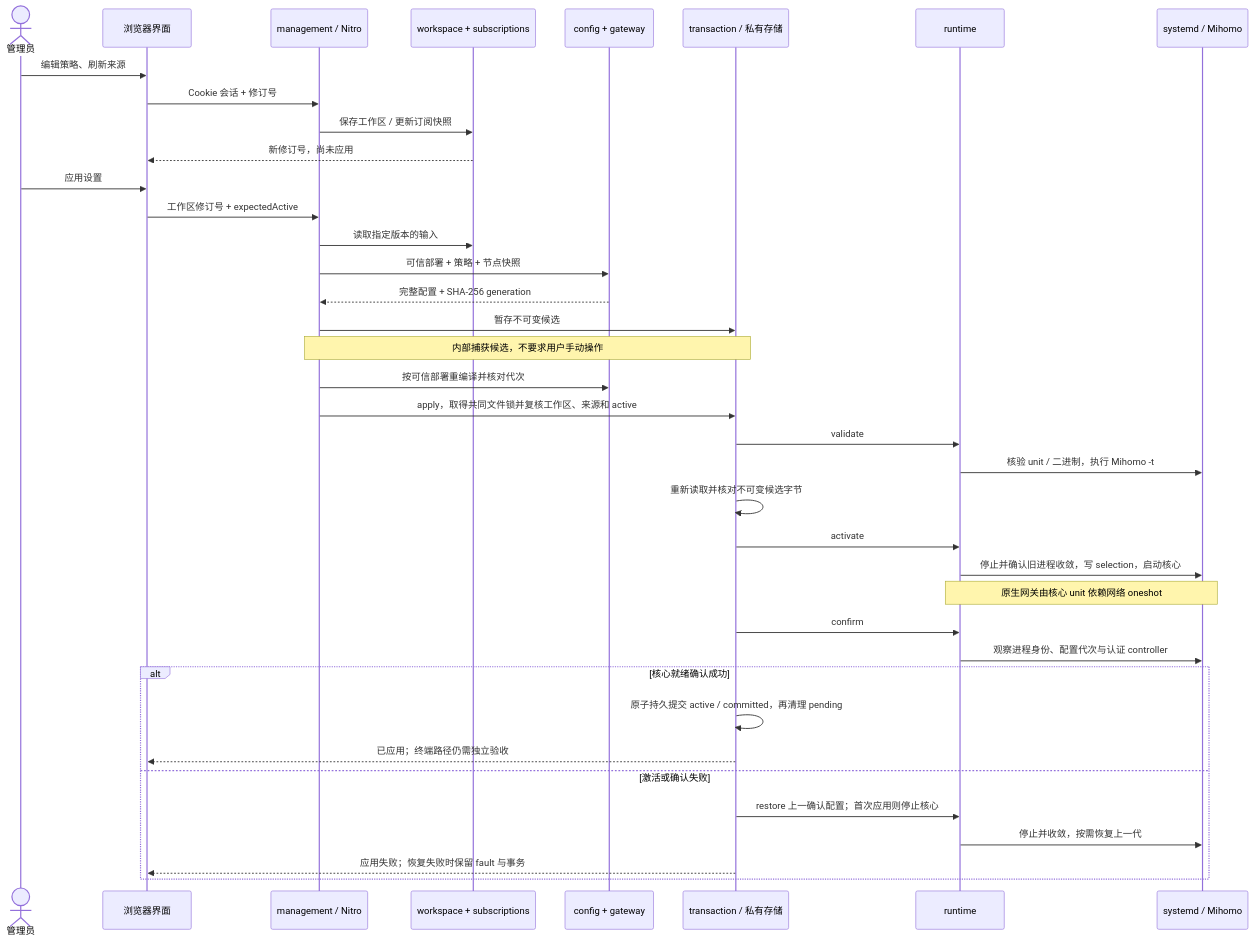
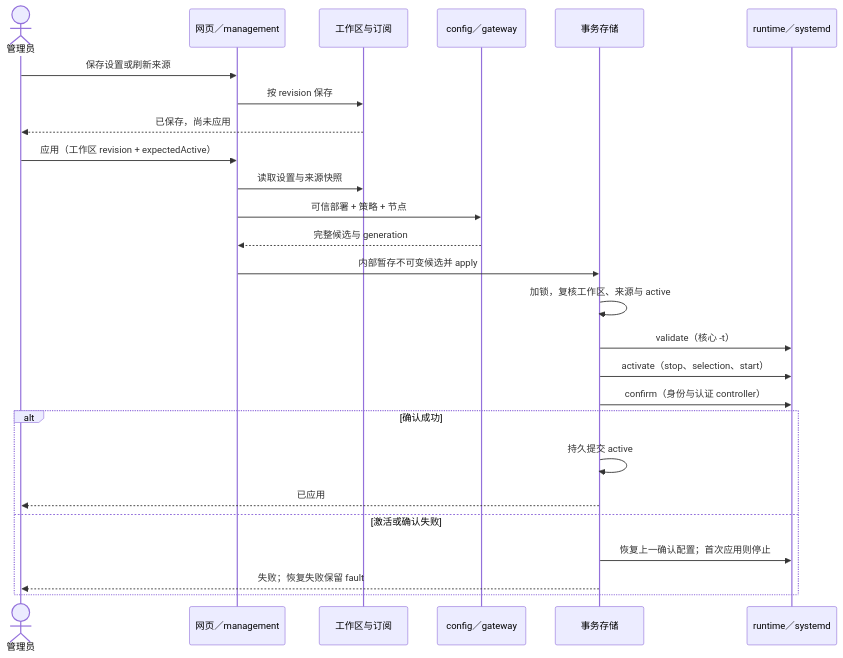
One commit to Always1010/CoCoProxy changed the diagram in docs/architecture.md. Above: the diagram before and after it, drawn with Mermaid. The commit also changed other lines of this file and 20 other files, not shown here.

````diff
--- a/docs/architecture.md
+++ b/docs/architecture.md
@@ -105,40 +65,28 @@
 ```mermaid
 sequenceDiagram
-    actor User as 管理员
-    participant UI as 浏览器界面
-    participant M as management / Nitro
-    participant Inputs as workspace + subscriptions
-    participant C as config + gateway
-    participant T as transaction / 私有存储
-    participant R as runtime
-    participant S as systemd / Mihomo
-    User->>UI: 编辑策略、刷新来源
-    UI->>M: Cookie 会话 + 修订号
-    M->>Inputs: 保存工作区 / 更新订阅快照
-    Inputs-->>UI: 新修订号，尚未应用
-    User->>UI: 应用设置
-    UI->>M: 工作区修订号 + expectedActive
-    M->>Inputs: 读取指定版本的输入
-    M->>C: 可信部署 + 策略 + 节点快照
-    C-->>M: 完整配置 + SHA-256 generation
-    M->>T: 暂存不可变候选
-    Note over M,T: 内部捕获候选，不要求用户手动操作
-    M->>C: 按可信部署重编译并核对代次
-    M->>T: apply，取得共同文件锁并复核工作区、来源和 active
-    T->>R: validate
-    R->>S: 核验 unit / 二进制，执行 Mihomo -t
-    T->>T: 重新读取并核对不可变候选字节
-    T->>R: activate
-    R->>S: 停止并确认旧进程收敛，写 selection，启动核心
-    Note over R,S: 原生网关由核心 unit 依赖网络 oneshot
-    T->>R: confirm
-    R->>S: 观察进程身份、配置代次与认证 controller
-    alt 核心就绪确认成功
-        T->>T: 原子持久提交 active / committed，再清理 pending
-        T-->>UI: 已应用；终端路径仍需独立验收
+    actor U as 管理员
+    participant M as 网页／management
+    participant W as 工作区与订阅
+    participant C as config／gateway
+    participant T as 事务存储
+    participant R as runtime／systemd
+    U->>M: 保存设置或刷新来源
+    M->>W: 按 revision 保存
+    W-->>U: 已保存，尚未应用
+    U->>M: 应用（工作区 revision + expectedActive）
+    M->>W: 读取设置与来源快照
+    M->>C: 可信部署 + 策略 + 节点
+    C-->>M: 完整候选与 generation
+    M->>T: 内部暂存不可变候选并 apply
+    T->>T: 加锁，复核工作区、来源与 active
+    T->>R: validate（核心 -t）
+    T->>R: activate（stop、selection、start）
+    T->>R: confirm（身份与认证 controller）
+    alt 确认成功
+        T->>T: 持久提交 active
+        T-->>U: 已应用
     else 激活或确认失败
-        T->>R: restore 上一确认配置；首次应用则停止核心
-        R->>S: 停止并收敛，按需恢复上一代
-        T-->>UI: 应用失败；恢复失败时保留 fault 与事务
+        T->>R: 恢复上一确认配置；首次应用则停止
+        T-->>U: 失败；恢复失败保留 fault
     end
 ```
````
